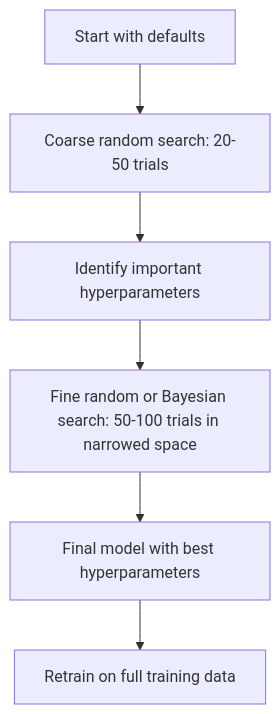
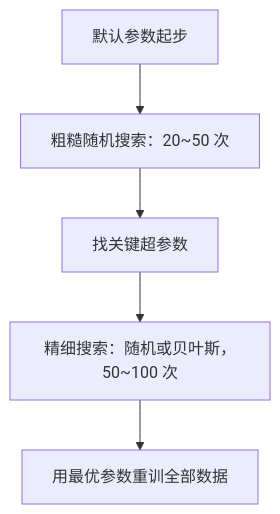
Before and after one commit to omigaZen/ai-engineering-from-scratch: the second of 3 diagrams in phases/02-ml-fundamentals/12-hyperparameter-tuning/docs/zh.md, drawn with Mermaid. The commit also changed other lines of this file, not shown here.

````diff
--- a/phases/02-ml-fundamentals/12-hyperparameter-tuning/docs/zh.md
+++ b/phases/02-ml-fundamentals/12-hyperparameter-tuning/docs/zh.md
@@ -176,8 +110,7 @@
 ```mermaid
 flowchart TD
-    A[Start with defaults] --> B[Coarse random search: 20-50 trials]
-    B --> C[Identify important hyperparameters]
-    C --> D[Fine random or Bayesian search: 50-100 trials in narrowed space]
-    D --> E[Final model with best hyperparameters]
-    E --> F[Retrain on full training data]
+    A[默认参数起步] --> B[粗糙随机搜索：20~50 次]
+    B --> C[找关键超参数]
+    C --> D[精细搜索：随机或贝叶斯，50~100 次]
+    D --> E[用最优参数重训全部数据]
 ```
````
